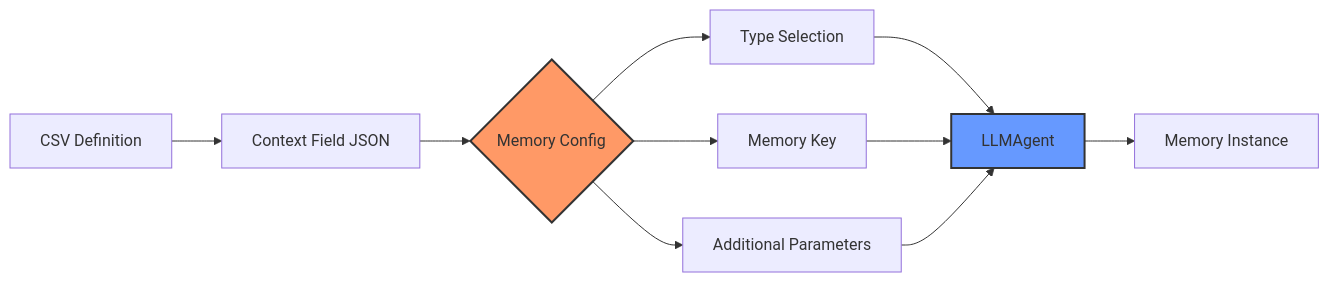
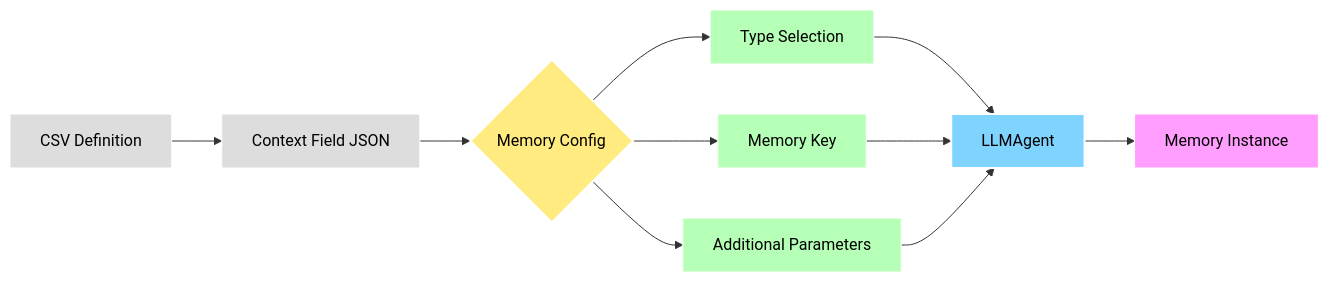
The second of 8 diagrams in docs/usage/langchain_memory_in_agentmap.md (jwwelbor/AgentMap), drawn with Mermaid before and after one commit. The commit also changed other lines of this file, not shown here.

````diff
--- a/docs/usage/langchain_memory_in_agentmap.md
+++ b/docs/usage/langchain_memory_in_agentmap.md
@@ -71,16 +85,22 @@
 ```mermaid
 flowchart LR
     A[CSV Definition] --> B[Context Field JSON]
     B --> C{Memory Config}
     C --> D[Type Selection]
     C --> E[Memory Key]
     C --> F[Additional Parameters]
     
     D --> G[LLMAgent]
     E --> G
     F --> G
     G --> H[Memory Instance]
     
-    style C fill:#f96,stroke:#333,stroke-width:2px
-    style G fill:#69f,stroke:#333,stroke-width:2px
+    style A fill:#DDDDDD,stroke:#FFFFFF,stroke-width:1px,color:#000000
+    style B fill:#DDDDDD,stroke:#FFFFFF,stroke-width:1px,color:#000000
+    style C fill:#FFEB7F,stroke:#FFFFFF,stroke-width:2px,color:#000000
+    style D fill:#B6FFB6,stroke:#FFFFFF,stroke-width:1px,color:#000000
+    style E fill:#B6FFB6,stroke:#FFFFFF,stroke-width:1px,color:#000000
+    style F fill:#B6FFB6,stroke:#FFFFFF,stroke-width:1px,color:#000000
+    style G fill:#7FD4FF,stroke:#FFFFFF,stroke-width:2px,color:#000000
+    style H fill:#FF9EFF,stroke:#FFFFFF,stroke-width:1px,color:#000000
 ```
````
